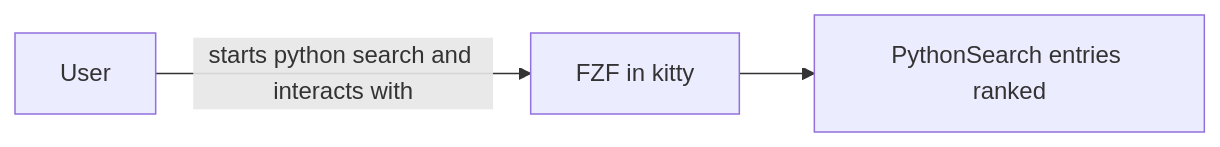
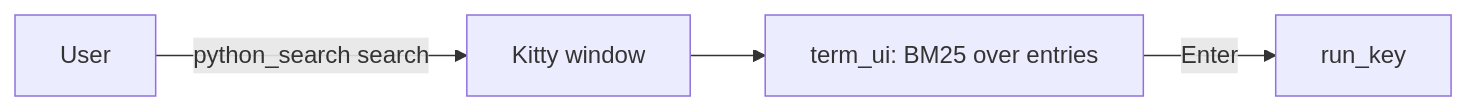
One commit to jeanCarloMachado/PythonSearch changed the second of 2 diagrams in DESIGN.md. Above: the diagram before and after it, drawn with Mermaid. The commit also changed other lines of this file and 34 other files, not shown here.

````diff
--- a/DESIGN.md
+++ b/DESIGN.md
@@ -8,5 +27,6 @@
 ```mermaid
 graph LR
-    A[User] -- starts python search and interacts with --> B[FZF in kitty]
-    B --> C[PythonSearch entries ranked]
+    A[User] -- python_search search --> B[Kitty window]
+    B --> C[term_ui: BM25 over entries]
+    C -- Enter --> D[run_key]
 ```
````
